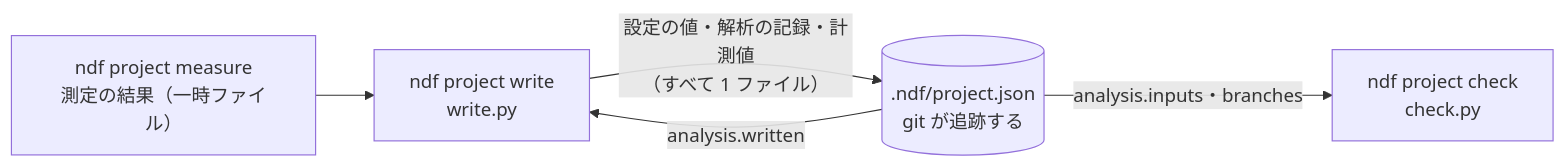
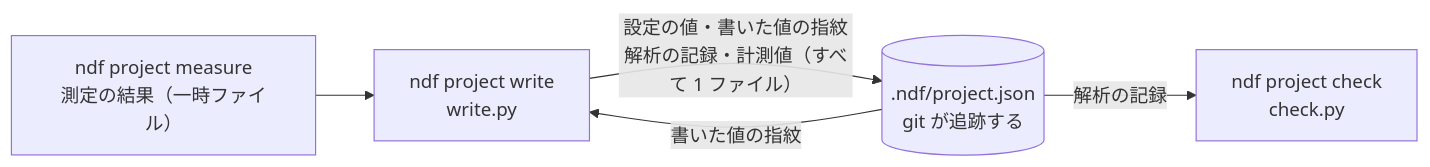
The first of 3 diagrams in issues/issue-4516-design.md (devbasex/ai-plugins), drawn with Mermaid before and after one commit. The commit also changed other lines of this file and 5 other files, not shown here.

````diff
--- a/issues/issue-4516-design.md
+++ b/issues/issue-4516-design.md
@@ -9,7 +9,7 @@
 ```mermaid
 flowchart LR
   M["ndf project measure<br/>測定の結果（一時ファイル）"] --> W["ndf project write<br/>write.py"]
-  W -->|"設定の値・解析の記録・計測値<br/>（すべて 1 ファイル）"| P[(".ndf/project.json<br/>git が追跡する")]
-  P -->|"analysis.inputs・branches"| C["ndf project check<br/>check.py"]
-  P -->|"analysis.written"| W
+  W -->|"設定の値・書いた値の指紋<br/>解析の記録・計測値（すべて 1 ファイル）"| P[(".ndf/project.json<br/>git が追跡する")]
+  P -->|"解析の記録"| C["ndf project check<br/>check.py"]
+  P -->|"書いた値の指紋"| W
 ```
````
